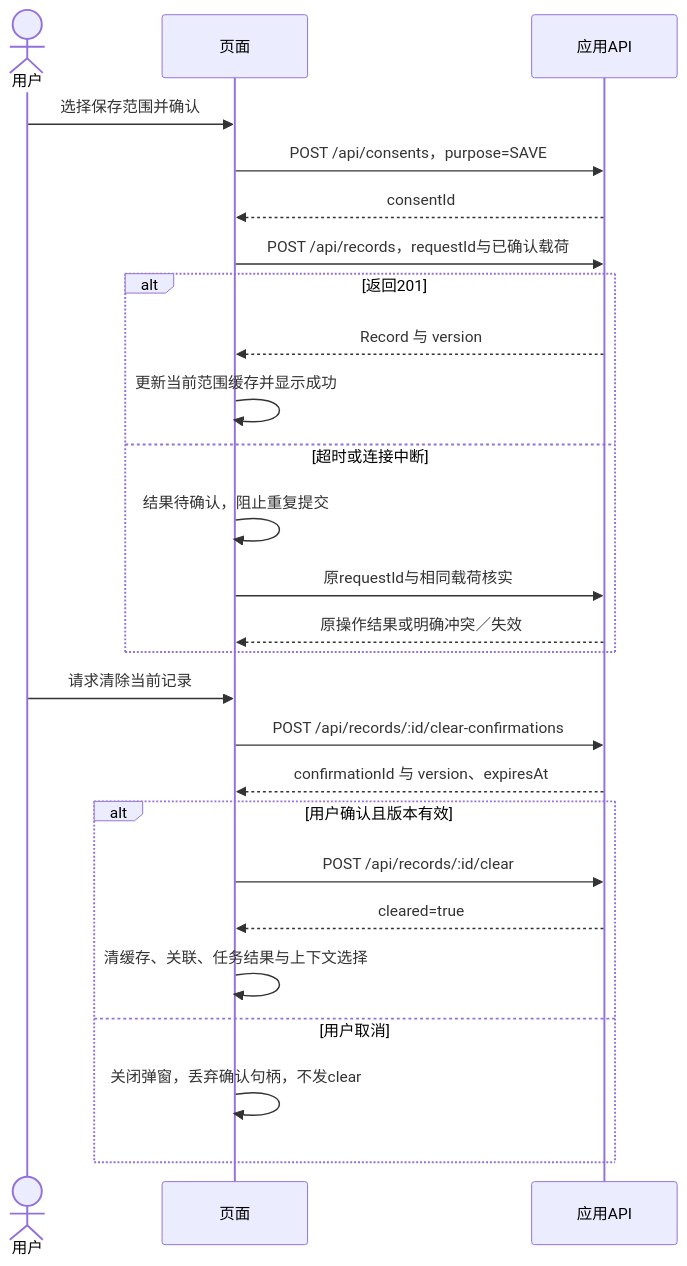
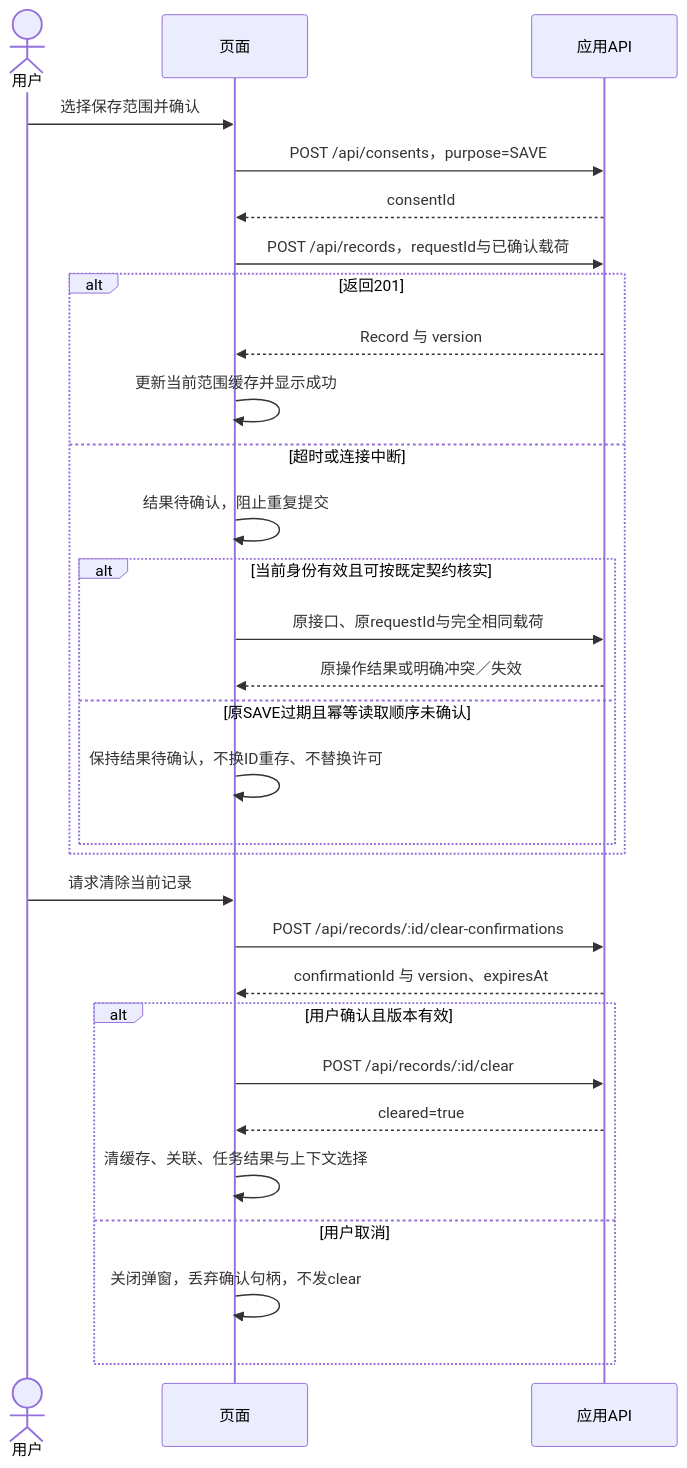
One commit to impureWine/404NOTFOUND changed the fifth of 6 diagrams in docs/第三次作业_程杰/03_关键状态与时序图.md. Above: the diagram before and after it, drawn with Mermaid. The commit also changed other lines of this file and 4 other files, not shown here.

````diff
--- a/docs/第三次作业_程杰/03_关键状态与时序图.md
+++ b/docs/第三次作业_程杰/03_关键状态与时序图.md
@@ -176,28 +217,32 @@
 ```mermaid
 sequenceDiagram
     actor U as 用户
     participant V as 页面
     participant API as 应用API
     U->>V: 选择保存范围并确认
     V->>API: POST /api/consents，purpose=SAVE
     API-->>V: consentId
     V->>API: POST /api/records，requestId与已确认载荷
     alt 返回201
         API-->>V: Record 与 version
         V->>V: 更新当前范围缓存并显示成功
     else 超时或连接中断
         V->>V: 结果待确认，阻止重复提交
-        V->>API: 原requestId与相同载荷核实
-        API-->>V: 原操作结果或明确冲突／失效
+        alt 当前身份有效且可按既定契约核实
+            V->>API: 原接口、原requestId与完全相同载荷
+            API-->>V: 原操作结果或明确冲突／失效
+        else 原SAVE过期且幂等读取顺序未确认
+            V->>V: 保持结果待确认，不换ID重存、不替换许可
+        end
     end
     U->>V: 请求清除当前记录
     V->>API: POST /api/records/:id/clear-confirmations
     API-->>V: confirmationId 与 version、expiresAt
     alt 用户确认且版本有效
         V->>API: POST /api/records/:id/clear
         API-->>V: cleared=true
         V->>V: 清缓存、关联、任务结果与上下文选择
     else 用户取消
         V->>V: 关闭弹窗，丢弃确认句柄，不发clear
     end
 ```
````
